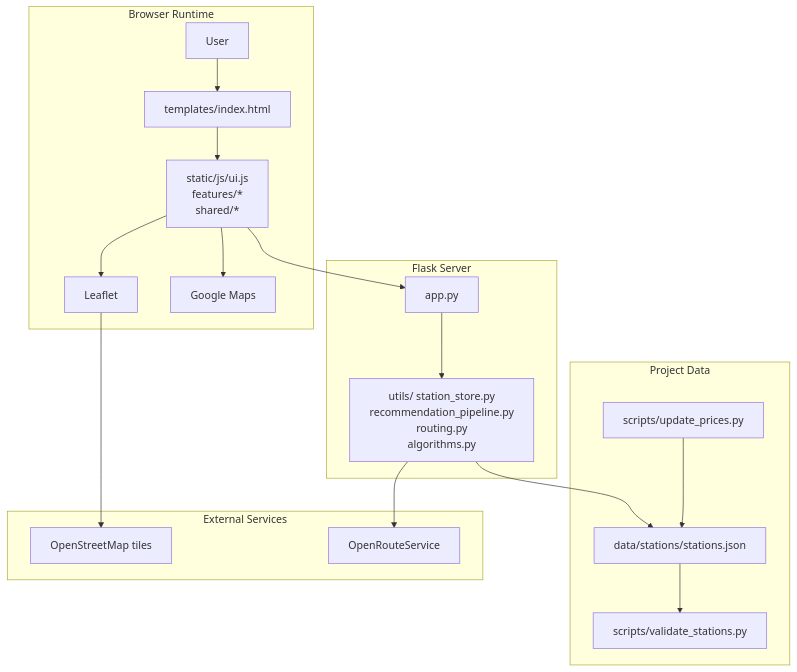
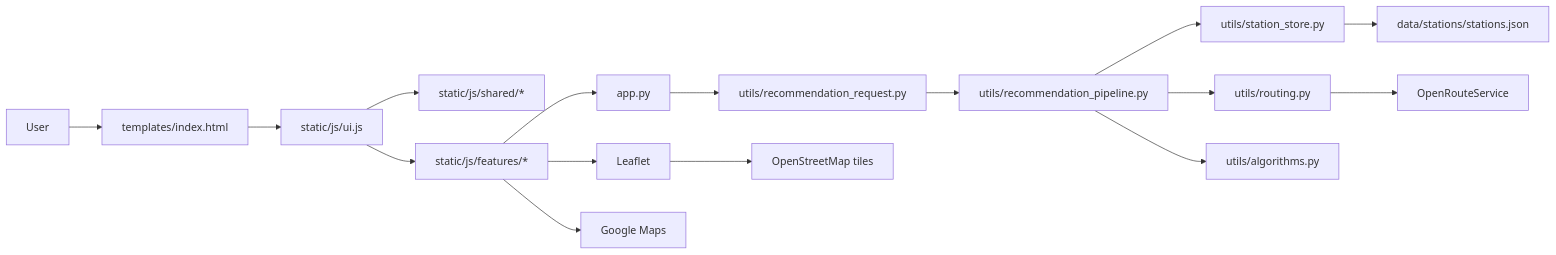
Before and after one commit to drei-cabal/Opti-Gas: the first of 2 diagrams in README.md, drawn with Mermaid. The commit also changed other lines of this file and 8 other files, not shown here.

````diff
--- a/README.md
+++ b/README.md
@@ -59,37 +36,32 @@
 ```mermaid
-flowchart TB
-  subgraph Browser[Browser Runtime]
-    User[User]
-    HTML[templates/index.html]
-    JS[static/js/ui.js\nfeatures/*\nshared/*]
-    Leaflet[Leaflet]
-    GoogleMaps[Google Maps]
-    User --> HTML --> JS
-    JS --> Leaflet
-    JS --> GoogleMaps
-  end
+flowchart LR
+  User[User]
+  HTML[templates/index.html]
+  UI[static/js/ui.js]
+  Shared[static/js/shared/*]
+  Features[static/js/features/*]
+  Flask[app.py]
+  RequestNorm[utils/recommendation_request.py]
+  Pipeline[utils/recommendation_pipeline.py]
+  Store[utils/station_store.py]
+  Routing[utils/routing.py]
+  Algorithms[utils/algorithms.py]
+  StationData[data/stations/stations.json]
+  Leaflet[Leaflet]
+  GoogleMaps[Google Maps]
+  OSM[OpenStreetMap tiles]
+  ORS[OpenRouteService]
 
-  subgraph Server[Flask Server]
-    Flask[app.py]
-    Core[utils/ station_store.py\nrecommendation_pipeline.py\nrouting.py\nalgorithms.py]
-    Flask --> Core
-  end
+  User --> HTML --> UI
+  UI --> Shared
+  UI --> Features
+  Features --> Flask
 
-  subgraph Data[Project Data]
-    StationData[data/stations/stations.json]
-    Validate[scripts/validate_stations.py]
-    Update[scripts/update_prices.py]
-    StationData --> Validate
-    Update --> StationData
-  end
+  Flask --> RequestNorm --> Pipeline
+  Pipeline --> Store --> StationData
+  Pipeline --> Routing --> ORS
+  Pipeline --> Algorithms
 
-  subgraph External[External Services]
-    OSM[OpenStreetMap tiles]
-    ORS[OpenRouteService]
-  end
-
-  JS --> Flask
-  Core --> StationData
-  Leaflet --> OSM
-  Core --> ORS
+  Features --> Leaflet --> OSM
+  Features --> GoogleMaps
 ```
````
